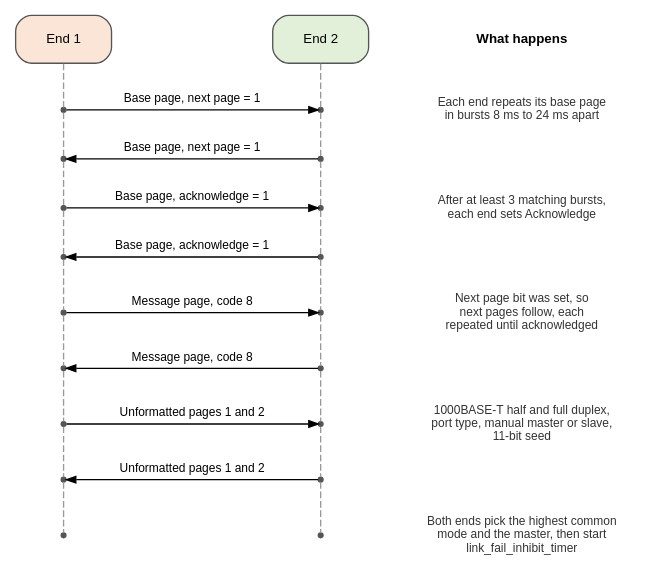
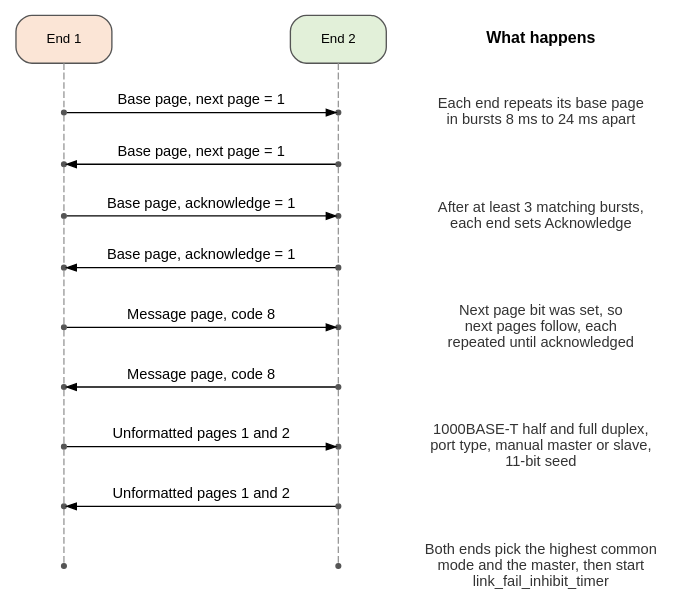
The diagram in docs/ethernet/phy-electrical/autoneg-sequence.dot (mithro/evampire), drawn with Graphviz before and after one commit. The commit also changed 14 other files, not shown here.

First line of the commit message:
Fix diagram content and page text after review

```diff
--- a/docs/ethernet/phy-electrical/autoneg-sequence.dot
+++ b/docs/ethernet/phy-electrical/autoneg-sequence.dot
@@ -1,59 +1,59 @@
 // Message sequence for two 1000BASE-T transceivers autonegotiating: the
 // base page, then the 1000BASE-T next pages, then the resolution. Each
 // page is sent as repeated fast link pulse bursts. Time runs from top to
 // bottom. Not to scale.
 //
 // SPDX-License-Identifier: Apache-2.0
 
 digraph autoneg {
-    graph [rankdir=TB, fontname="Helvetica", fontsize=11, nodesep=0.8,
+    graph [rankdir=TB, fontname="Helvetica", fontsize=11, nodesep=0.6,
            ranksep=0.28, newrank=true, splines=false];
     node  [shape=point, width=0.05, color="#555555", fontname="Helvetica",
            fontsize=10];
-    edge  [fontname="Helvetica", fontsize=9, arrowsize=0.7];
+    edge  [fontname="Helvetica", fontsize=11, arrowsize=0.7];
 
     e1 [shape=box, style="rounded,filled", fillcolor="#fbe5d6", label="End 1", width=1.0];
     e2 [shape=box, style="rounded,filled", fillcolor="#e2f0d9", label="End 2", width=1.0];
-    note_h [shape=plaintext, label="What happens", fontsize=10, fontname="Helvetica-Bold"];
+    note_h [shape=plaintext, label="What happens", fontsize=12, fontname="Helvetica-Bold"];
 
     a1; a2; a3; a4; a5; a6; a7; a8; a9;
     b1; b2; b3; b4; b5; b6; b7; b8; b9;
 
-    node [shape=plaintext, width=0, height=0, fontsize=9, fontcolor="#333333"];
+    node [shape=plaintext, width=0, height=0, fontsize=11, fontcolor="#333333"];
     n1 [label="Each end repeats its base page\nin bursts 8 ms to 24 ms apart"];
     n2 [label=""];
     n3 [label="After at least 3 matching bursts,\neach end sets Acknowledge"];
     n4 [label=""];
     n5 [label="Next page bit was set, so\nnext pages follow, each\nrepeated until acknowledged"];
     n6 [label=""];
     n7 [label="1000BASE-T half and full duplex,\nport type, manual master or slave,\n11-bit seed"];
     n8 [label=""];
     n9 [label="Both ends pick the highest common\nmode and the master, then start\nlink_fail_inhibit_timer"];
 
     { rank=same; e1; e2; note_h; }
     { rank=same; a1; b1; n1; }
     { rank=same; a2; b2; n2; }
     { rank=same; a3; b3; n3; }
     { rank=same; a4; b4; n4; }
     { rank=same; a5; b5; n5; }
     { rank=same; a6; b6; n6; }
     { rank=same; a7; b7; n7; }
     { rank=same; a8; b8; n8; }
     { rank=same; a9; b9; n9; }
 
     edge [arrowhead=none, style=dashed, color="#999999", weight=100];
     e1 -> a1 -> a2 -> a3 -> a4 -> a5 -> a6 -> a7 -> a8 -> a9;
     e2 -> b1 -> b2 -> b3 -> b4 -> b5 -> b6 -> b7 -> b8 -> b9;
     note_h -> n1 -> n2 -> n3 -> n4 -> n5 -> n6 -> n7 -> n8 -> n9 [style=invis];
 
     edge [arrowhead=normal, style=solid, color="#000000", weight=0];
     a1 -> b1 [label="Base page, next page = 1"];
     b2 -> a2 [label="Base page, next page = 1"];
     a3 -> b3 [label="Base page, acknowledge = 1"];
     b4 -> a4 [label="Base page, acknowledge = 1"];
     a5 -> b5 [label="Message page, code 8"];
     b6 -> a6 [label="Message page, code 8"];
     a7 -> b7 [label="Unformatted pages 1 and 2"];
     b8 -> a8 [label="Unformatted pages 1 and 2"];
     a9 -> b9 [style=invis];
 }
```
